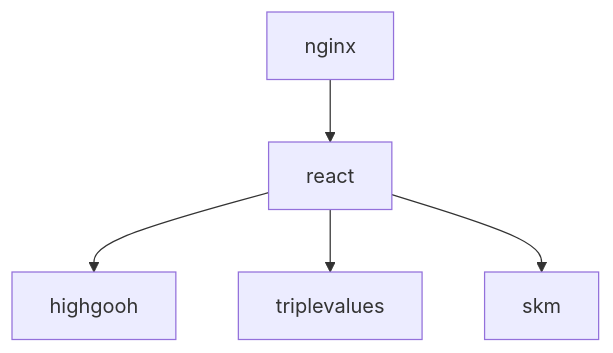
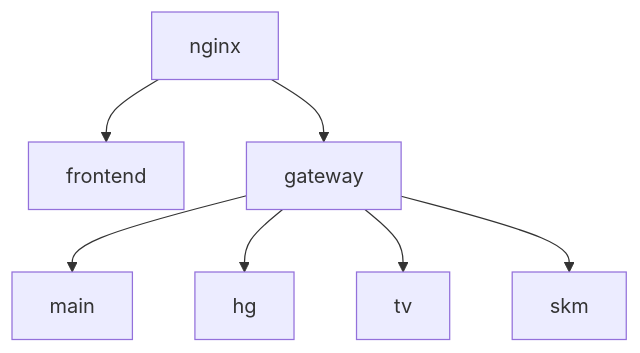
One commit to shell-files/dev_main changed the diagram in README.md. Above: the diagram before and after it, drawn with Mermaid.

Commit message:
구조 변경

````diff
--- a/README.md
+++ b/README.md
@@ -8,7 +8,9 @@
 ```mermaid
 graph TD;
-    nginx-->react;
-    react-->highgooh;
-    react-->triplevalues;
-    react-->skm;
+    nginx-->frontend;
+    nginx-->gateway;
+    gateway-->main
+    gateway-->hg;
+    gateway-->tv;
+    gateway-->skm;
 ```
````
